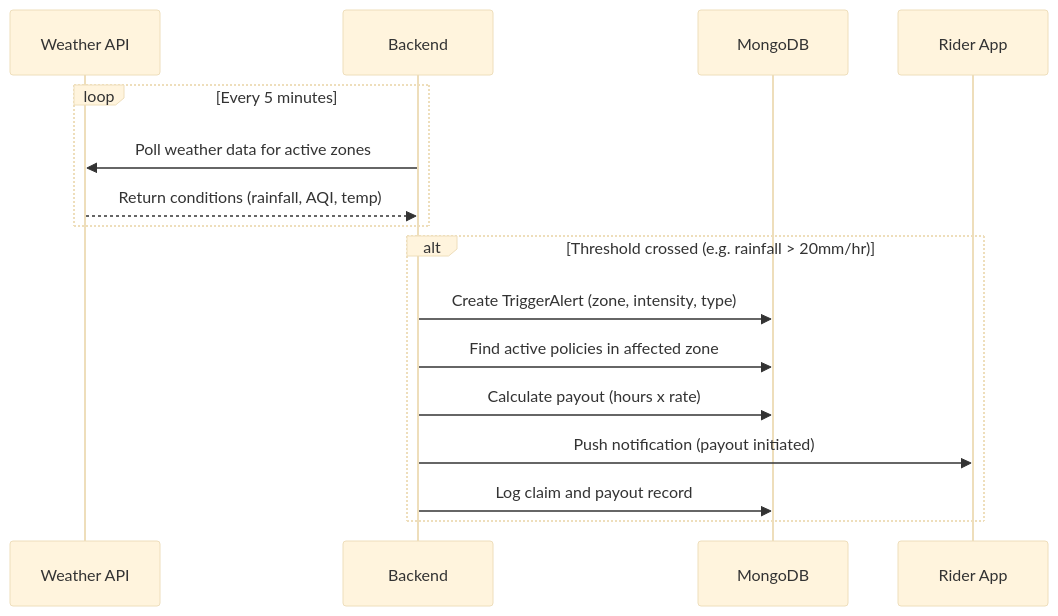
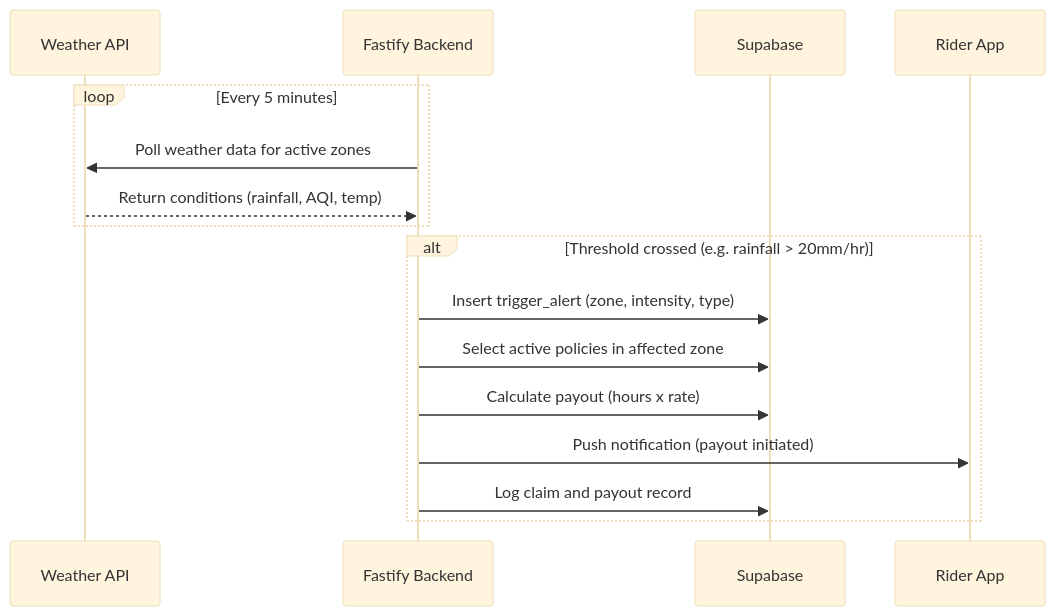
The third of 3 diagrams in docs/architecture.md (RainboeStrykr/guidewire-devtrails-gigshield), drawn with Mermaid (base theme) before and after one commit. The commit also changed other lines of this file and 3 other files, not shown here.

Commit message:
fix: pass Clerk key as Docker build arg, use SUPABASE_ANON_KEY, update architecture docs

````diff
--- a/docs/architecture.md
+++ b/docs/architecture.md
@@ -125,20 +125,20 @@
 ```mermaid
 sequenceDiagram
     participant W as Weather API
-    participant B as Backend
-    participant DB as MongoDB
+    participant B as Fastify Backend
+    participant DB as Supabase
     participant R as Rider App
 
     loop Every 5 minutes
         B->>W: Poll weather data for active zones
         W-->>B: Return conditions (rainfall, AQI, temp)
     end
 
     alt Threshold crossed (e.g. rainfall > 20mm/hr)
-        B->>DB: Create TriggerAlert (zone, intensity, type)
-        B->>DB: Find active policies in affected zone
+        B->>DB: Insert trigger_alert (zone, intensity, type)
+        B->>DB: Select active policies in affected zone
         B->>DB: Calculate payout (hours x rate)
         B->>R: Push notification (payout initiated)
         B->>DB: Log claim and payout record
     end
 ```
````
